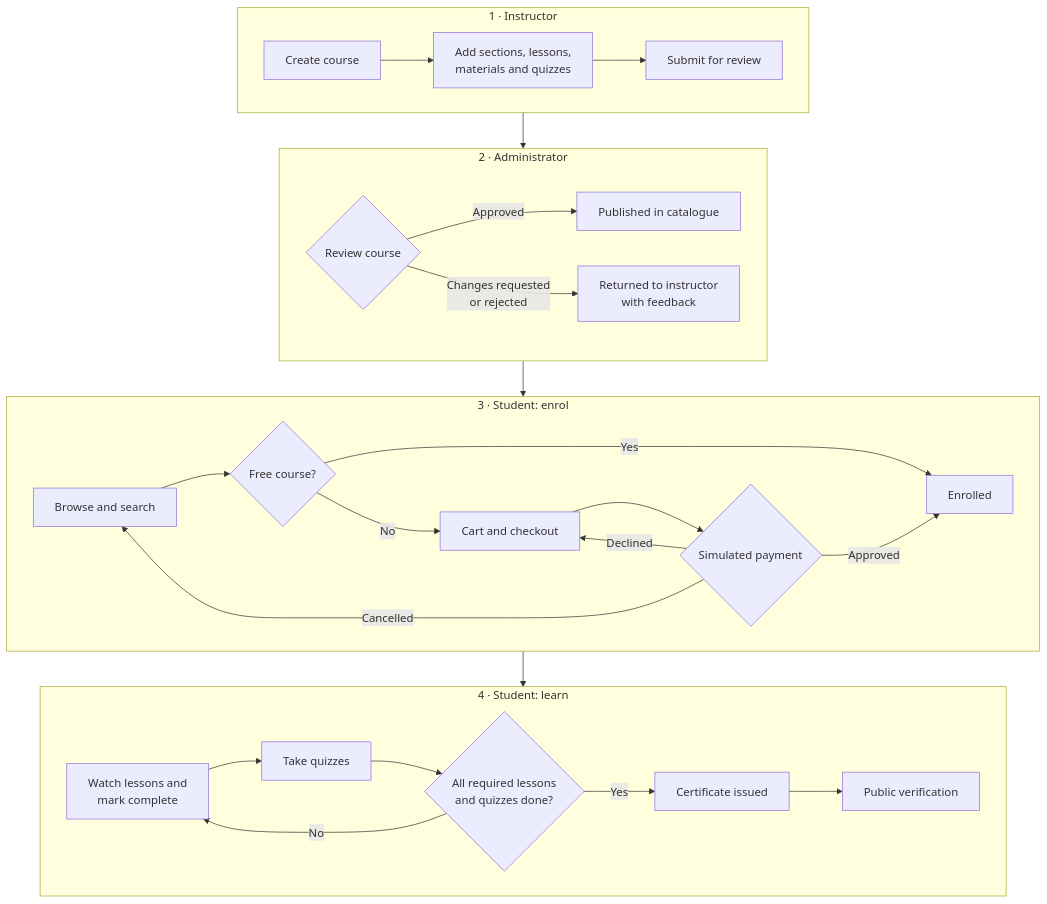
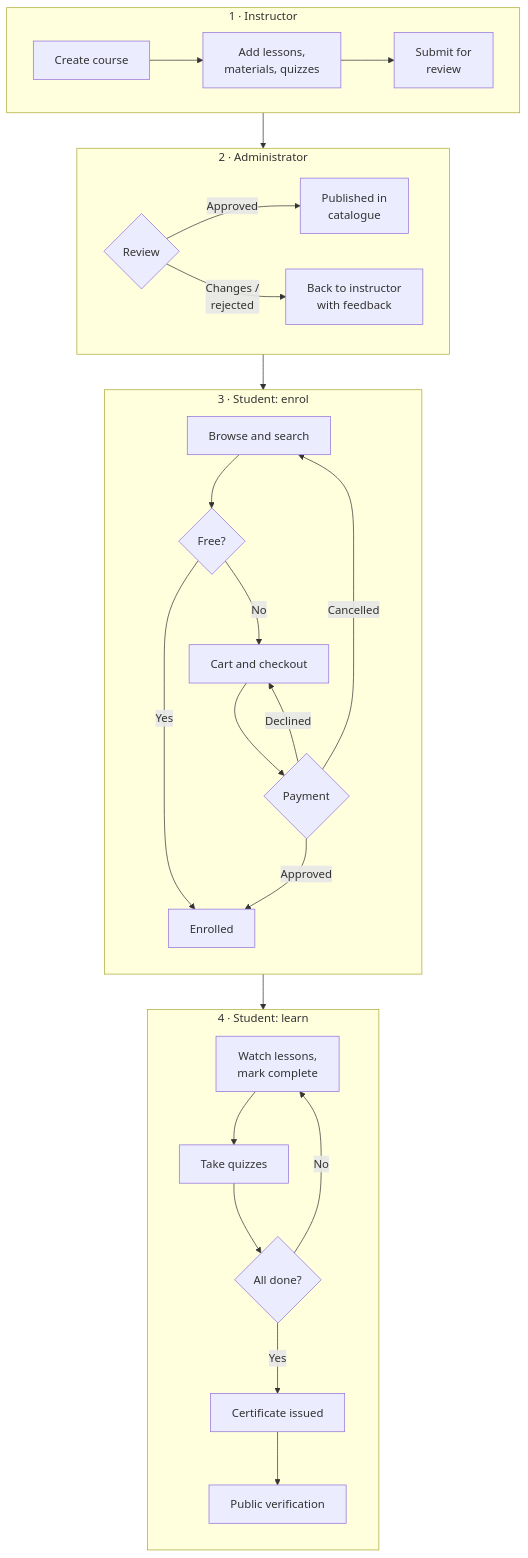
One commit to Mahin7773/eShikkha changed the diagram in docs/workflow.mmd. Above: the diagram before and after it, drawn with Mermaid. The commit also changed 3 other files, not shown here.

First line of the commit message:
Make the workflow flowchart readable in the README

```diff
--- a/docs/workflow.mmd
+++ b/docs/workflow.mmd
@@ -1,32 +1,32 @@
 flowchart TD
     subgraph INS["1 · Instructor"]
         direction LR
-        A[Create course] --> B[Add sections, lessons,<br/>materials and quizzes] --> C[Submit for review]
+        A[Create course] --> B[Add lessons,<br/>materials, quizzes] --> C[Submit for<br/>review]
     end
 
     subgraph ADM["2 · Administrator"]
         direction LR
-        D{Review course} -- Approved --> E[Published in catalogue]
-        D -- "Changes requested<br/>or rejected" --> X[Returned to instructor<br/>with feedback]
+        D{Review} -- Approved --> E[Published in<br/>catalogue]
+        D -- "Changes /<br/>rejected" --> X[Back to instructor<br/>with feedback]
     end
 
     subgraph ENR["3 · Student: enrol"]
-        direction LR
-        F[Browse and search] --> G{Free course?}
+        direction TB
+        F[Browse and search] --> G{Free?}
+        G -- No --> H[Cart and checkout] --> I{Payment}
         G -- Yes --> J[Enrolled]
-        G -- No --> H[Cart and checkout] --> I{Simulated payment}
         I -- Approved --> J
         I -- Declined --> H
         I -- Cancelled --> F
     end
 
     subgraph LRN["4 · Student: learn"]
-        direction LR
-        K[Watch lessons and<br/>mark complete] --> L[Take quizzes] --> M{All required lessons<br/>and quizzes done?}
+        direction TB
+        K[Watch lessons,<br/>mark complete] --> L[Take quizzes] --> M{All done?}
         M -- No --> K
         M -- Yes --> N[Certificate issued] --> O[Public verification]
     end
 
     INS --> ADM
     ADM --> ENR
     ENR --> LRN
```
